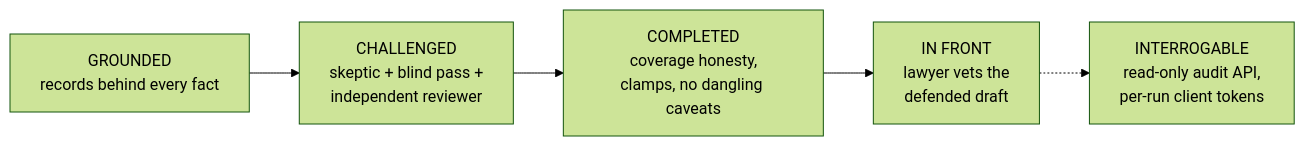
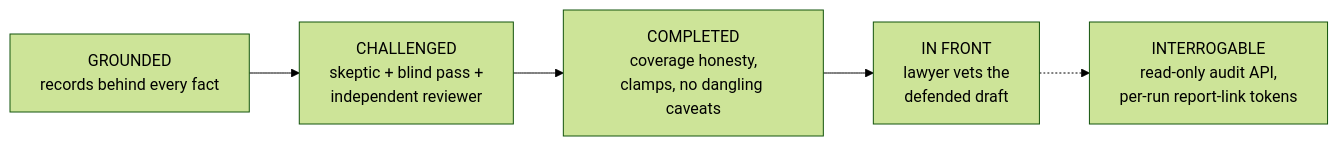
Before and after one commit to CordilleraSarl/clearotron: the diagram in docs/architecture/07-quality-and-audit.md, drawn with Mermaid (forest theme). The commit also changed other lines of this file and 25 other files, not shown here.

````diff
--- a/docs/architecture/07-quality-and-audit.md
+++ b/docs/architecture/07-quality-and-audit.md
@@ -24,7 +24,7 @@
 ```mermaid
 flowchart LR
     G["GROUNDED<br/>records behind every fact"] --> C["CHALLENGED<br/>skeptic + blind pass +<br/>independent reviewer"]
     C --> K["COMPLETED<br/>coverage honesty,<br/>clamps, no dangling caveats"]
     K --> F["IN FRONT<br/>lawyer vets the<br/>defended draft"]
-    F -.-> I["INTERROGABLE<br/>read-only audit API,<br/>per-run client tokens"]
+    F -.-> I["INTERROGABLE<br/>read-only audit API,<br/>per-run report-link tokens"]
 ```
````
